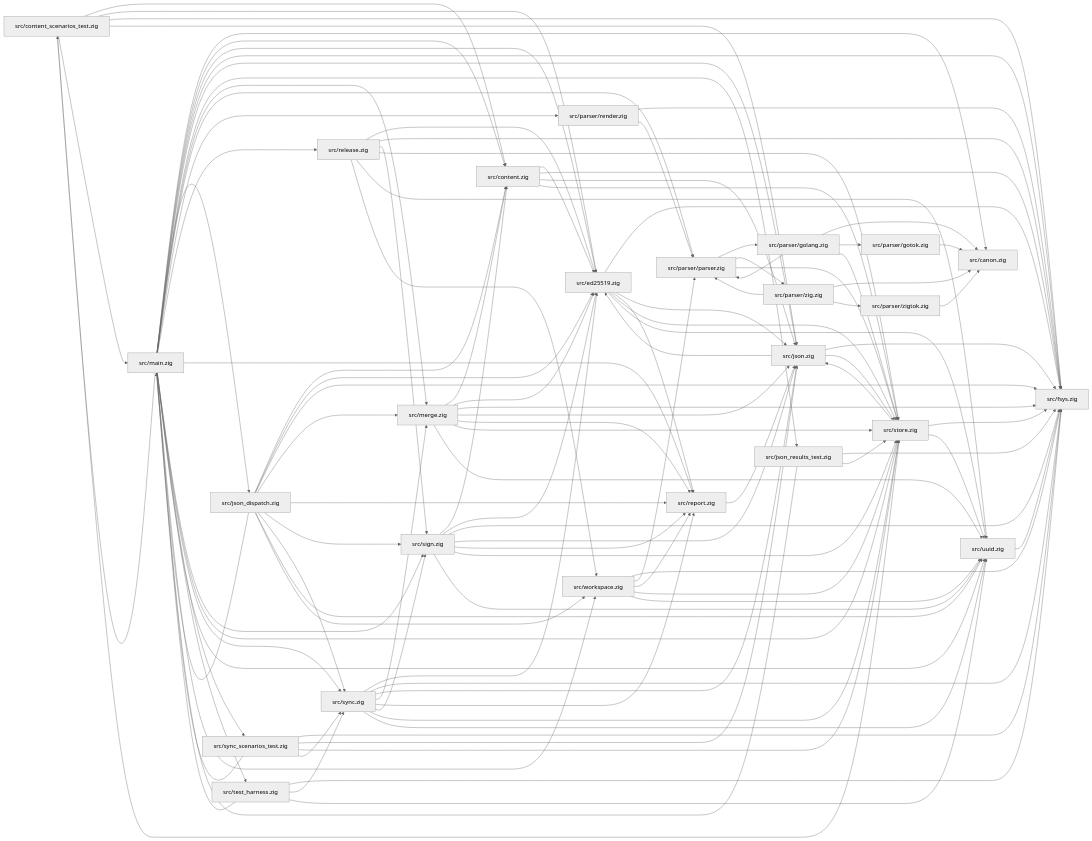
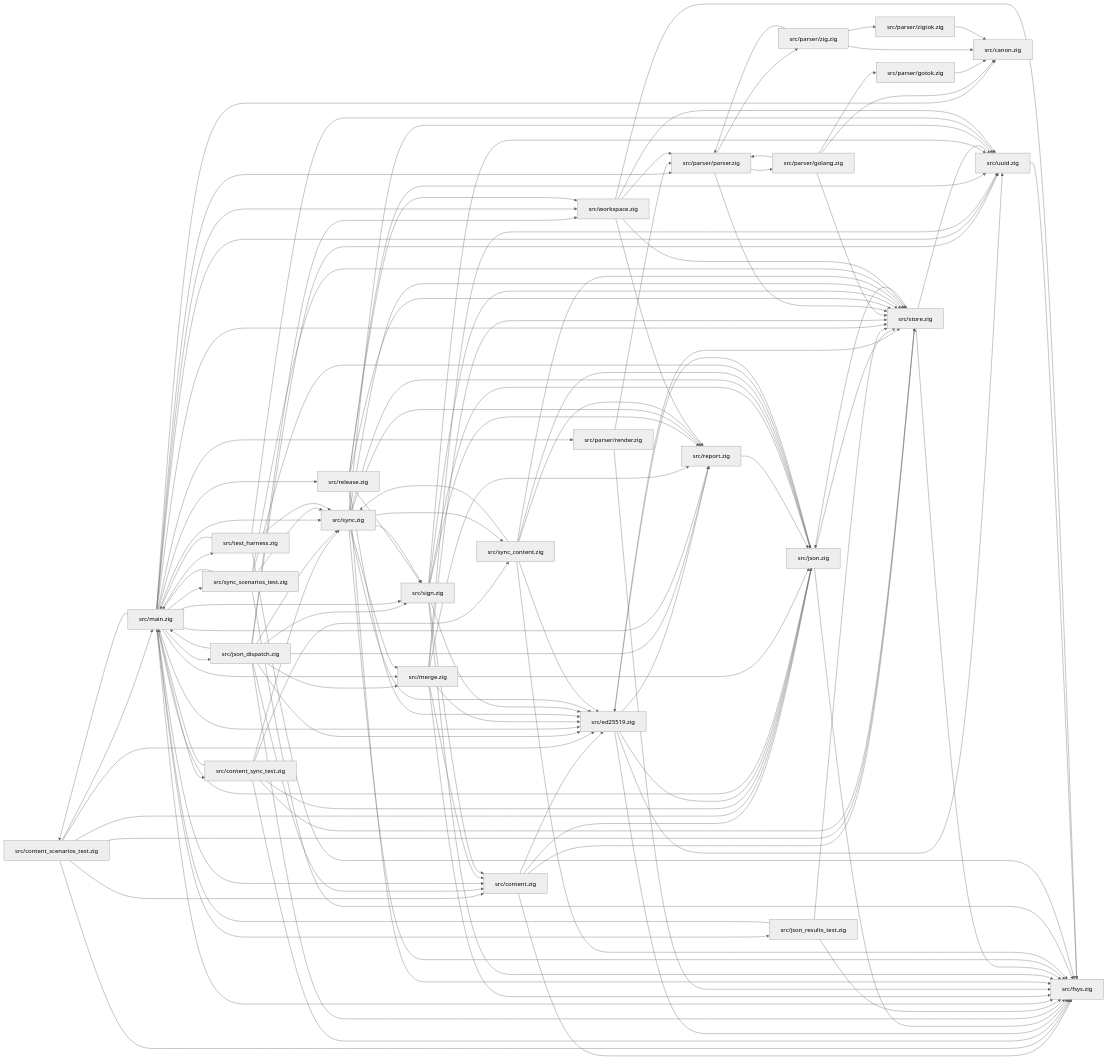
Before and after one commit to drawmeanelephant/flint-client: the diagram in docs/module-map.md, drawn with Mermaid (neutral theme). The commit also changed 13 other files, not shown here.

```diff
--- a/docs/module-map.md
+++ b/docs/module-map.md
@@ -16,6 +16,12 @@
   src_content_scenarios_test_zig["src/content_scenarios_test.zig"] --> src_json_zig["src/json.zig"]
   src_content_scenarios_test_zig["src/content_scenarios_test.zig"] --> src_main_zig["src/main.zig"]
   src_content_scenarios_test_zig["src/content_scenarios_test.zig"] --> src_store_zig["src/store.zig"]
+  src_content_sync_test_zig["src/content_sync_test.zig"] --> src_fsys_zig["src/fsys.zig"]
+  src_content_sync_test_zig["src/content_sync_test.zig"] --> src_json_zig["src/json.zig"]
+  src_content_sync_test_zig["src/content_sync_test.zig"] --> src_main_zig["src/main.zig"]
+  src_content_sync_test_zig["src/content_sync_test.zig"] --> src_store_zig["src/store.zig"]
+  src_content_sync_test_zig["src/content_sync_test.zig"] --> src_sync_zig["src/sync.zig"]
+  src_content_sync_test_zig["src/content_sync_test.zig"] --> src_sync_content_zig["src/sync_content.zig"]
   src_ed25519_zig["src/ed25519.zig"] --> src_fsys_zig["src/fsys.zig"]
   src_ed25519_zig["src/ed25519.zig"] --> src_json_zig["src/json.zig"]
   src_ed25519_zig["src/ed25519.zig"] --> src_report_zig["src/report.zig"]
@@ -40,6 +46,7 @@
   src_main_zig["src/main.zig"] --> src_canon_zig["src/canon.zig"]
   src_main_zig["src/main.zig"] --> src_content_zig["src/content.zig"]
   src_main_zig["src/main.zig"] --> src_content_scenarios_test_zig["src/content_scenarios_test.zig"]
+  src_main_zig["src/main.zig"] --> src_content_sync_test_zig["src/content_sync_test.zig"]
   src_main_zig["src/main.zig"] --> src_ed25519_zig["src/ed25519.zig"]
   src_main_zig["src/main.zig"] --> src_fsys_zig["src/fsys.zig"]
   src_main_zig["src/main.zig"] --> src_json_zig["src/json.zig"]
@@ -102,7 +109,14 @@
   src_sync_zig["src/sync.zig"] --> src_report_zig["src/report.zig"]
   src_sync_zig["src/sync.zig"] --> src_sign_zig["src/sign.zig"]
   src_sync_zig["src/sync.zig"] --> src_store_zig["src/store.zig"]
+  src_sync_zig["src/sync.zig"] --> src_sync_content_zig["src/sync_content.zig"]
   src_sync_zig["src/sync.zig"] --> src_uuid_zig["src/uuid.zig"]
+  src_sync_content_zig["src/sync_content.zig"] --> src_ed25519_zig["src/ed25519.zig"]
+  src_sync_content_zig["src/sync_content.zig"] --> src_fsys_zig["src/fsys.zig"]
+  src_sync_content_zig["src/sync_content.zig"] --> src_json_zig["src/json.zig"]
+  src_sync_content_zig["src/sync_content.zig"] --> src_report_zig["src/report.zig"]
+  src_sync_content_zig["src/sync_content.zig"] --> src_store_zig["src/store.zig"]
+  src_sync_content_zig["src/sync_content.zig"] --> src_sync_zig["src/sync.zig"]
   src_sync_scenarios_test_zig["src/sync_scenarios_test.zig"] --> src_fsys_zig["src/fsys.zig"]
   src_sync_scenarios_test_zig["src/sync_scenarios_test.zig"] --> src_json_zig["src/json.zig"]
   src_sync_scenarios_test_zig["src/sync_scenarios_test.zig"] --> src_main_zig["src/main.zig"]
```
